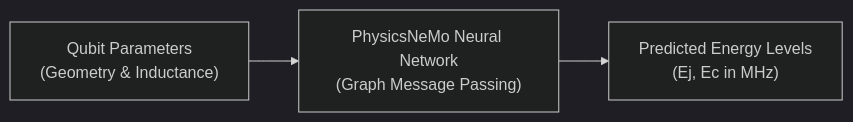
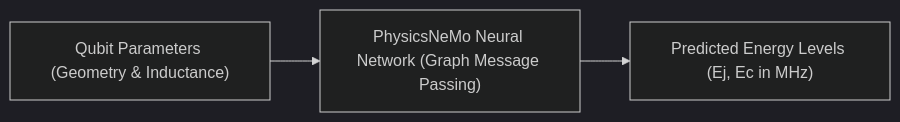
Before and after one commit to recursion2612/metal-flow: the diagram in Opt/Quantum_Opt_Pipeline/docs/surrogate.md, drawn with Mermaid (dark theme). The commit also changed 3 other files, not shown here.

Commit message:
docs: simplify architecture flowcharts to abstract horizontal blocks across README and docs

````diff
--- a/Opt/Quantum_Opt_Pipeline/docs/surrogate.md
+++ b/Opt/Quantum_Opt_Pipeline/docs/surrogate.md
@@ -11,5 +11,5 @@
 ```mermaid
 flowchart LR
-    A["Qubit Parameters<br/>(Geometry & Inductance)"] --> B["PhysicsNeMo Neural Network<br/>(Graph Message Passing)"]
-    B --> C["Predicted Energy Levels<br/>(Ej, Ec in MHz)"]
+    A["Qubit Parameters (Geometry & Inductance)"] --> B["PhysicsNeMo Neural Network (Graph Message Passing)"]
+    B --> C["Predicted Energy Levels (Ej, Ec in MHz)"]
 ```
````
